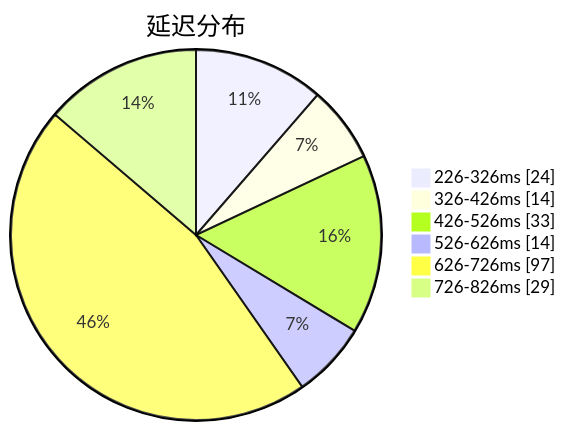
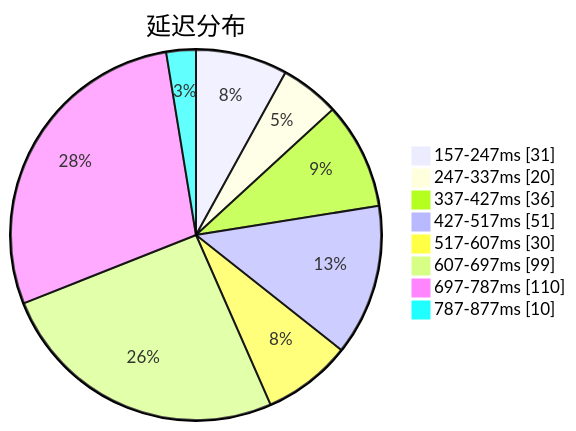
One commit to qjlxg/airport changed the first of 3 diagrams in subs/statistics/tested_within.md. Above: the diagram before and after it, drawn with Mermaid. The commit also changed other lines of this file and 2 other files, not shown here.

````diff
--- a/subs/statistics/tested_within.md
+++ b/subs/statistics/tested_within.md
@@ -2,10 +2,12 @@
 ```mermaid
 pie showData
 title 延迟分布
-"226-326ms" : 24
-"326-426ms" : 14
-"426-526ms" : 33
-"526-626ms" : 14
-"626-726ms" : 97
-"726-826ms" : 29
+"157-247ms" : 31
+"247-337ms" : 20
+"337-427ms" : 36
+"427-517ms" : 51
+"517-607ms" : 30
+"607-697ms" : 99
+"697-787ms" : 110
+"787-877ms" : 10
 ```
````
